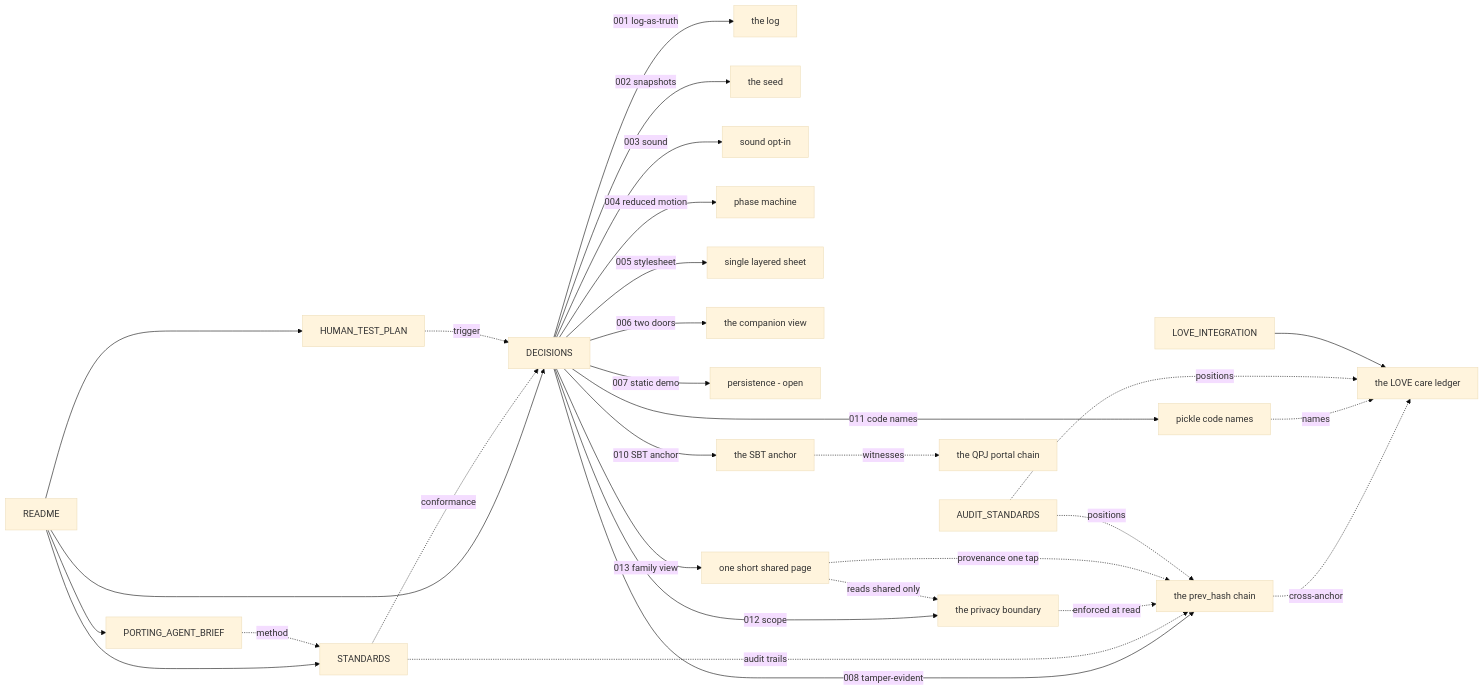
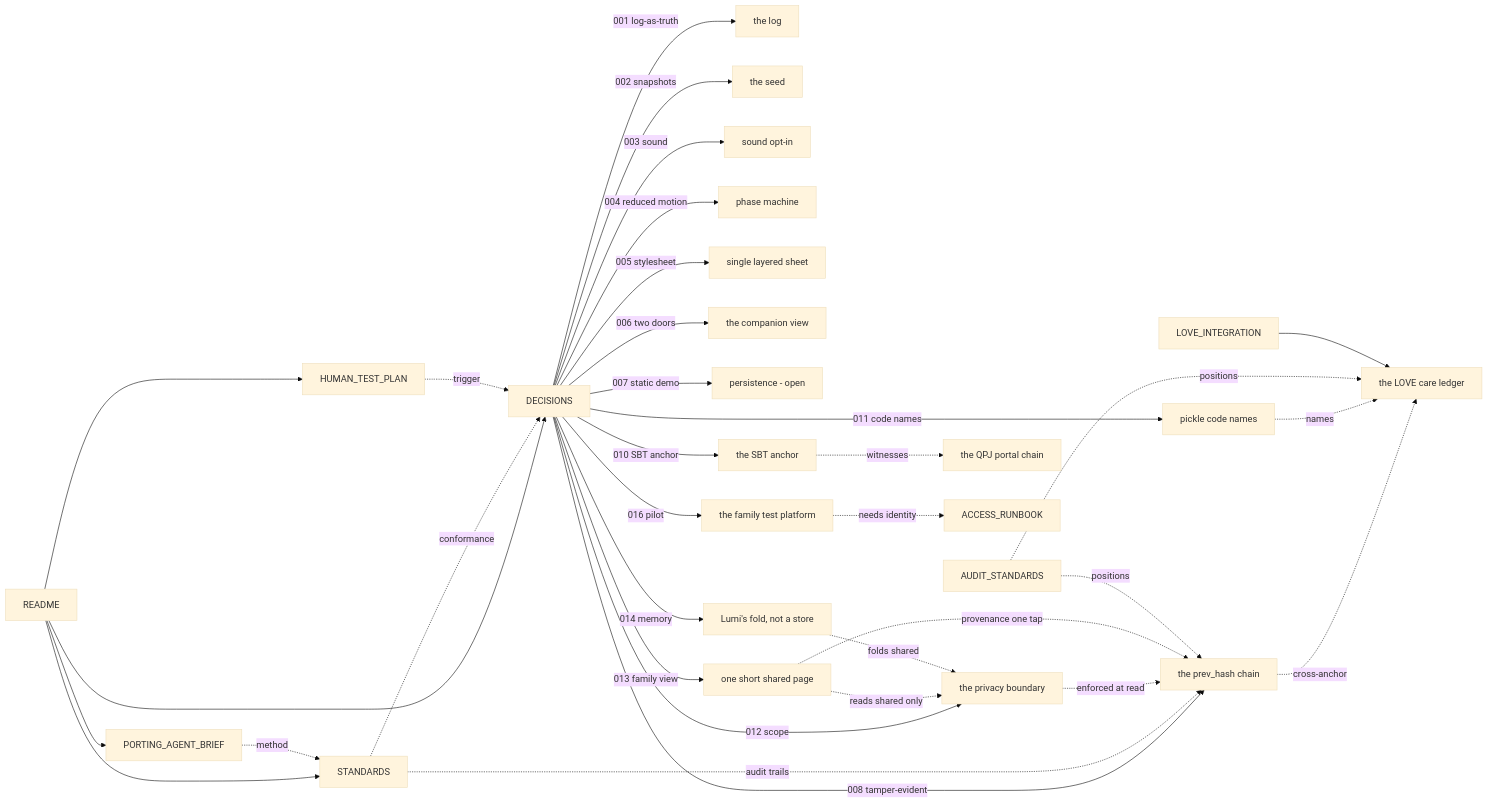
The diagram in apps/loom/docs/MAP.md (p31labs/P31-local-workspace), drawn with Mermaid (base theme) before and after one commit. The commit also changed other lines of this file and 6 other files, not shown here.

First line of the commit message:
docs(loom): memory/tiers/pilot decisions + the family-test pilot platform

````diff
--- a/apps/loom/docs/MAP.md
+++ b/apps/loom/docs/MAP.md
@@ -23,34 +24,38 @@
 ```mermaid
 graph LR
   README[README] --> STANDARDS
   README --> DECISIONS
   README --> HUMAN_TEST_PLAN
   README --> PORTING_AGENT_BRIEF
 
   STANDARDS -.conformance.-> DECISIONS
   HUMAN_TEST_PLAN -.trigger.-> DECISIONS
   PORTING_AGENT_BRIEF -.method.-> STANDARDS
 
   DECISIONS --> |"001 log-as-truth"| LOG[the log]
   DECISIONS --> |"002 snapshots"| SEED[the seed]
   DECISIONS --> |"003 sound"| SOUND[sound opt-in]
   DECISIONS --> |"004 reduced motion"| MOTION[phase machine]
   DECISIONS --> |"005 stylesheet"| CSS[single layered sheet]
   DECISIONS --> |"006 two doors"| COMPANION[the companion view]
   DECISIONS --> |"007 static demo"| PERSIST[persistence - open]
   DECISIONS --> |"008 tamper-evident"| CHAIN[the prev_hash chain]
   DECISIONS --> |"010 SBT anchor"| SBTANCHOR[the SBT anchor]
   DECISIONS --> |"011 code names"| CODENAME[pickle code names]
   DECISIONS --> |"012 scope"| SCOPE[the privacy boundary]
   DECISIONS --> |"013 family view"| FAMILY[one short shared page]
+  DECISIONS --> |"014 memory"| MEMORY[Lumi's fold, not a store]
+  DECISIONS --> |"016 pilot"| PILOT[the family test platform]
   STANDARDS -.audit trails.-> CHAIN
   CHAIN -.cross-anchor.-> LOVE[the LOVE care ledger]
   SBTANCHOR -.witnesses.-> QPJ[the QPJ portal chain]
   CODENAME -.names.-> LOVE
   SCOPE -.enforced at read.-> CHAIN
   FAMILY -.reads shared only.-> SCOPE
   FAMILY -.provenance one tap.-> CHAIN
+  MEMORY -.folds shared.-> SCOPE
+  PILOT -.needs identity.-> ACCESS[ACCESS_RUNBOOK]
   AUDIT[AUDIT_STANDARDS] -.positions.-> CHAIN
   AUDIT -.positions.-> LOVE
   LOVE_INTEGRATION[LOVE_INTEGRATION] --> LOVE
 ```
````
